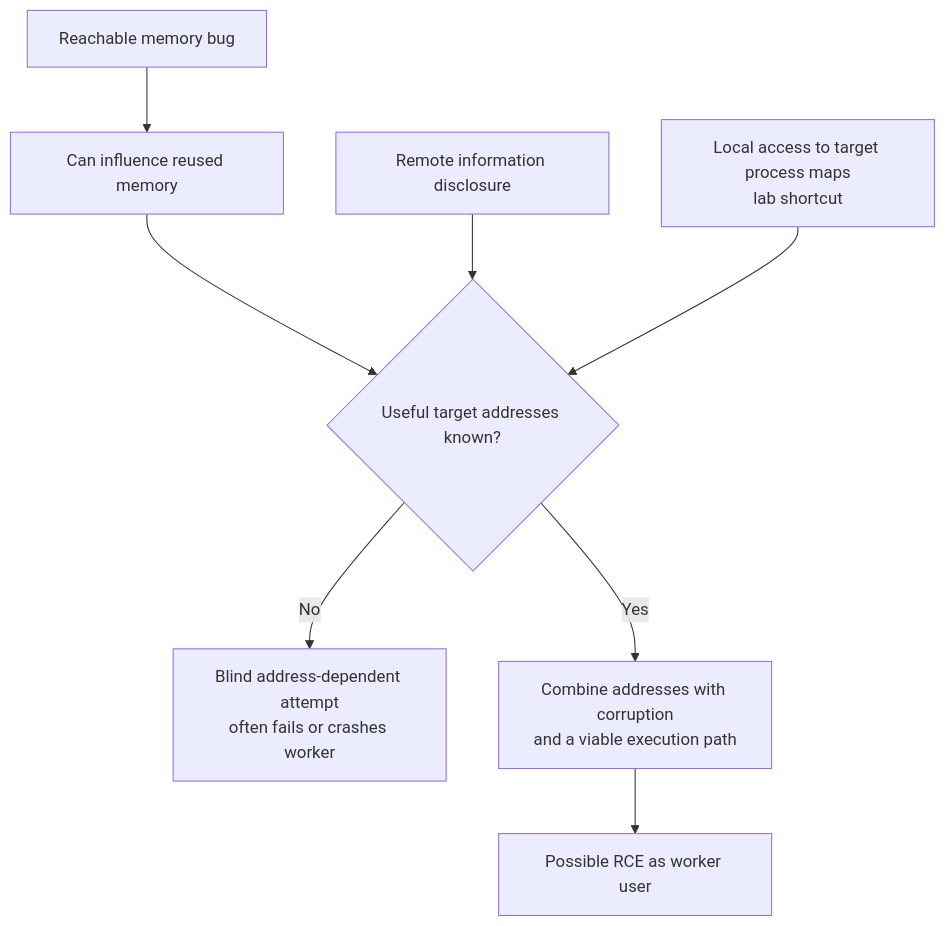
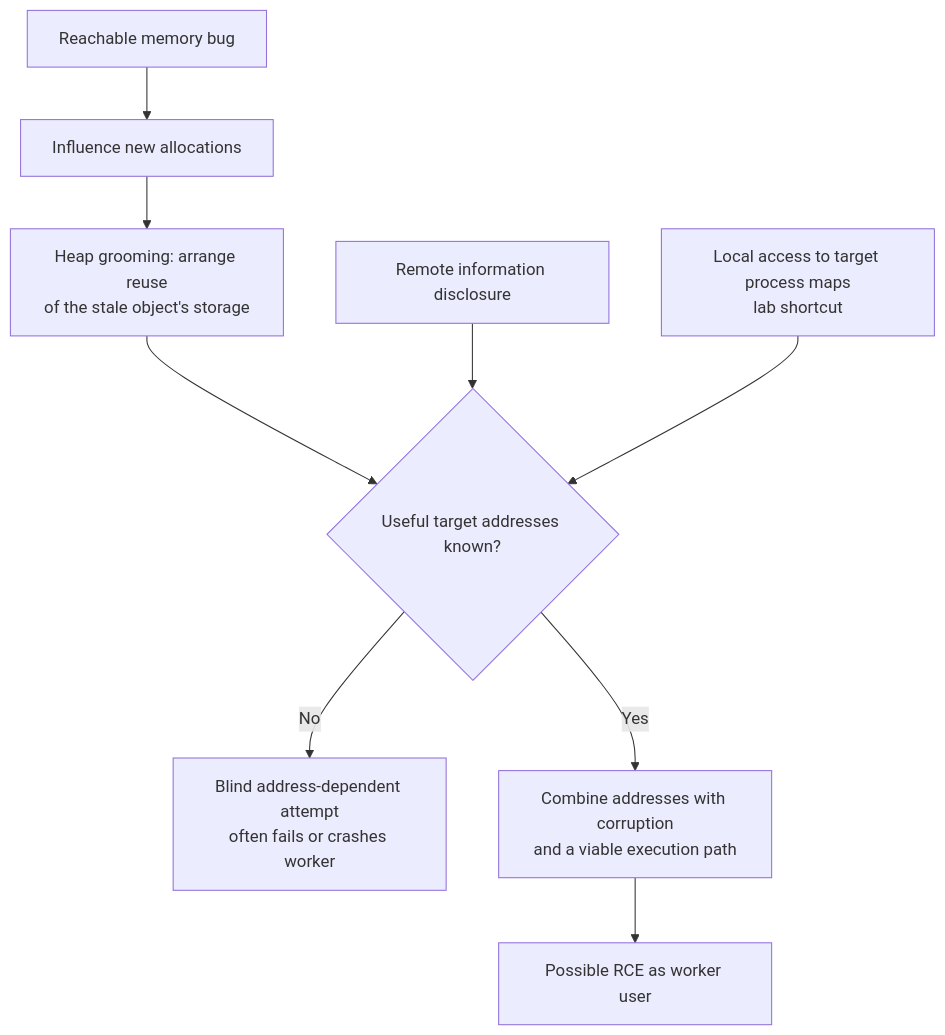
The second of 2 diagrams in News/Security/PHP2Shell-History-UAF-And-ASLR-Oct-2026.md (rsrini7/Learnings), drawn with Mermaid before and after one commit. The commit also changed other lines of this file, not shown here.

````diff
--- a/News/Security/PHP2Shell-History-UAF-And-ASLR-Oct-2026.md
+++ b/News/Security/PHP2Shell-History-UAF-And-ASLR-Oct-2026.md
@@ -81,10 +85,11 @@
 ```mermaid
 flowchart TD
-    A["Reachable memory bug"] --> B["Can influence reused memory"]
-    B --> C{"Useful target addresses known?"}
+    A["Reachable memory bug"] --> B["Influence new allocations"]
+    B --> G["Heap grooming: arrange reuse<br/>of the stale object's storage"]
+    G --> C{"Useful target addresses known?"}
     C -->|No| D["Blind address-dependent attempt<br/>often fails or crashes worker"]
     C -->|Yes| E["Combine addresses with corruption<br/>and a viable execution path"]
     E --> F["Possible RCE as worker user"]
     L["Remote information disclosure"] --> C
     M["Local access to target process maps<br/>lab shortcut"] --> C
 ```
````
